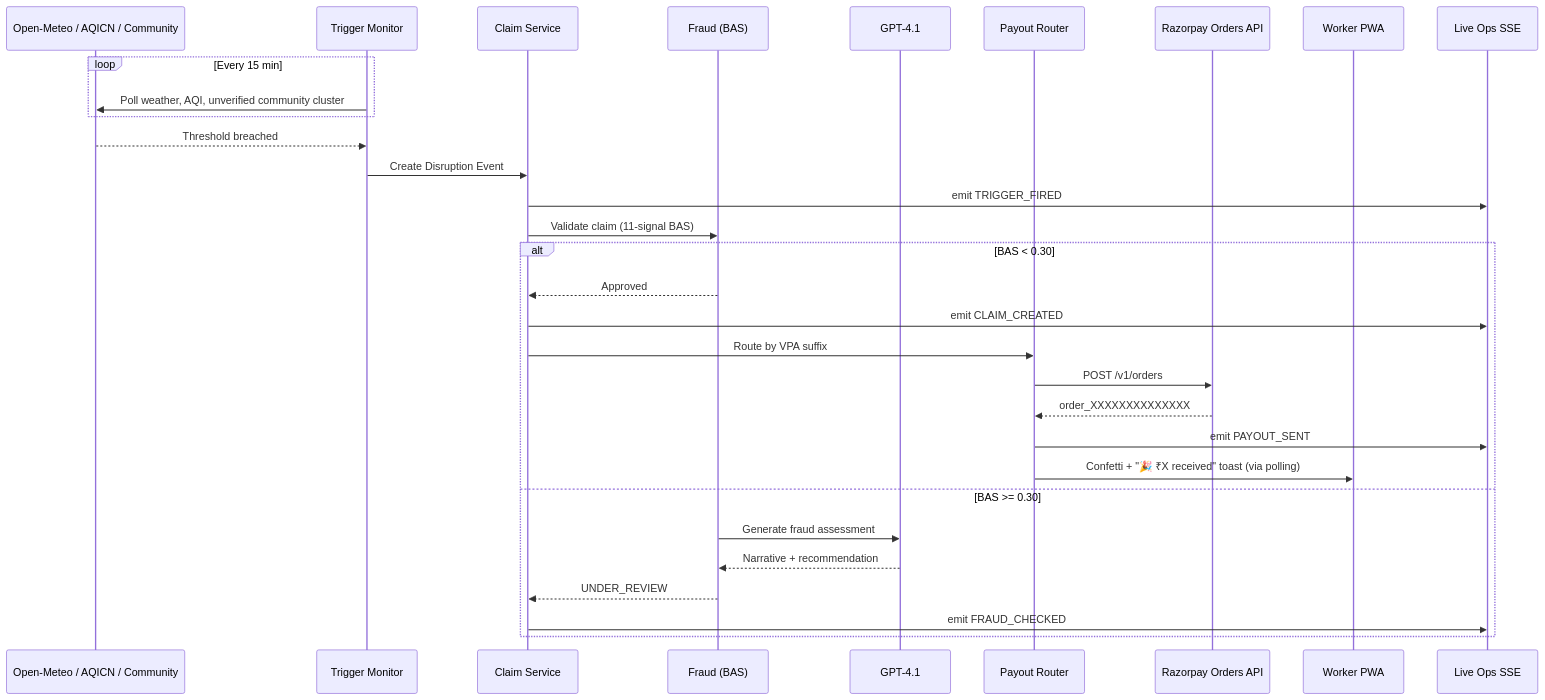
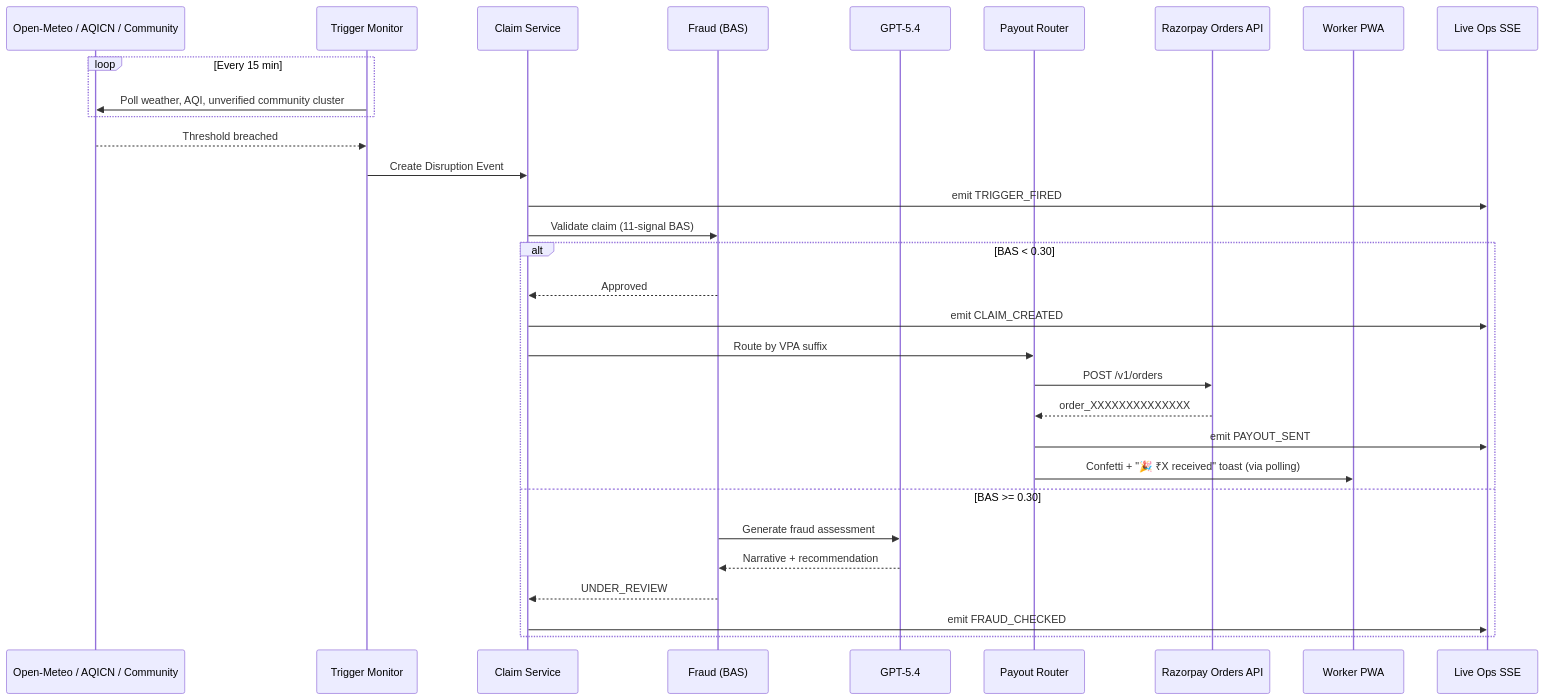
Before and after one commit to uroy80/TeamVoid-Guidewire-Devtrails: the second of 3 diagrams in README.md, drawn with Mermaid. The commit also changed other lines of this file and 3 other files, not shown here.

````diff
--- a/README.md
+++ b/README.md
@@ -409,36 +456,36 @@
 ```mermaid
 sequenceDiagram
     participant OM as Open-Meteo / AQICN / Community
     participant TM as Trigger Monitor
     participant CE as Claim Service
     participant FD as Fraud (BAS)
-    participant GPT as GPT-4.1
+    participant GPT as GPT-5.4
     participant PO as Payout Router
     participant RZP as Razorpay Orders API
     participant W as Worker PWA
     participant SSE as Live Ops SSE
 
     loop Every 15 min
         TM->>OM: Poll weather, AQI, unverified community cluster
     end
 
     OM-->>TM: Threshold breached
     TM->>CE: Create Disruption Event
     CE->>SSE: emit TRIGGER_FIRED
     CE->>FD: Validate claim (11-signal BAS)
 
     alt BAS < 0.30
         FD-->>CE: Approved
         CE->>SSE: emit CLAIM_CREATED
         CE->>PO: Route by VPA suffix
         PO->>RZP: POST /v1/orders
         RZP-->>PO: order_XXXXXXXXXXXXXX
         PO->>SSE: emit PAYOUT_SENT
         PO->>W: Confetti + "🎉 ₹X received" toast (via polling)
     else BAS >= 0.30
         FD->>GPT: Generate fraud assessment
         GPT-->>FD: Narrative + recommendation
         FD-->>CE: UNDER_REVIEW
         CE->>SSE: emit FRAUD_CHECKED
     end
 ```
````
